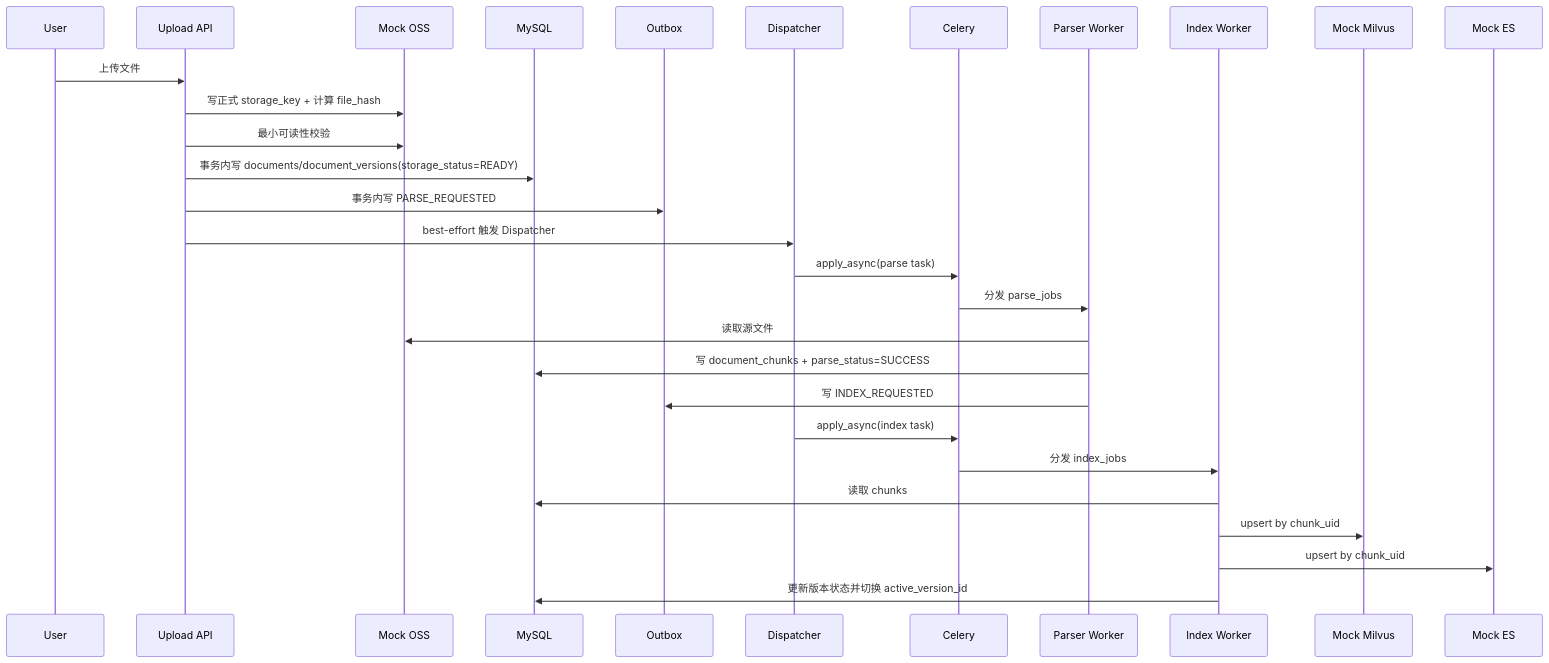
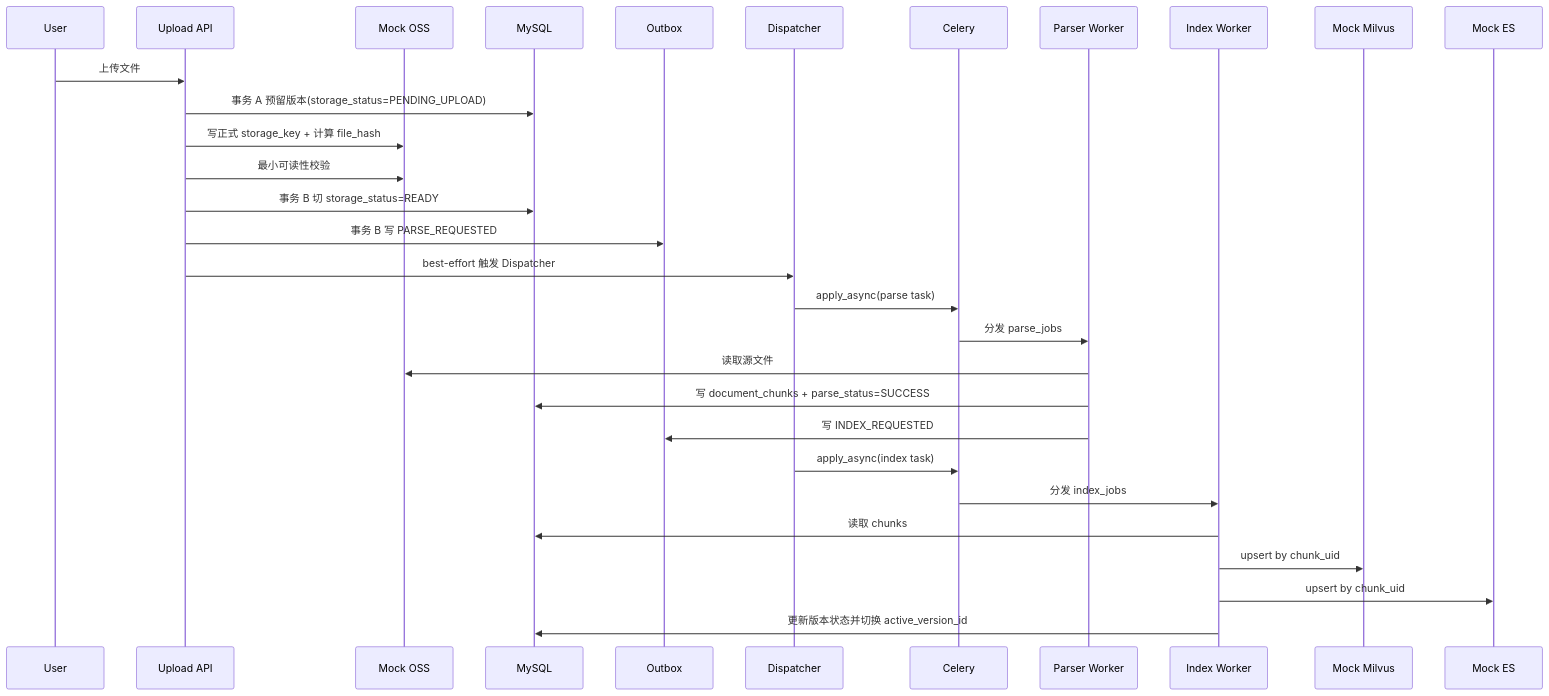
The first of 4 diagrams in src/learning_common_lib/案例/实现AgenticRAG数据库管理/架构设计规划（缩减版）.md (kkk935208447/learning_common_lib), drawn with Mermaid before and after one commit. The commit also changed other lines of this file and 25 other files, not shown here.

````diff
--- a/src/learning_common_lib/案例/实现AgenticRAG数据库管理/架构设计规划（缩减版）.md
+++ b/src/learning_common_lib/案例/实现AgenticRAG数据库管理/架构设计规划（缩减版）.md
@@ -375,32 +376,33 @@
 ```mermaid
 sequenceDiagram
     participant U as User
     participant A as Upload API
     participant O as Mock OSS
     participant M as MySQL
     participant X as Outbox
     participant D as Dispatcher
     participant C as Celery
     participant P as Parser Worker
     participant I as Index Worker
     participant V as Mock Milvus
     participant E as Mock ES
 
     U->>A: 上传文件
+    A->>M: 事务 A 预留版本(storage_status=PENDING_UPLOAD)
     A->>O: 写正式 storage_key + 计算 file_hash
     A->>O: 最小可读性校验
-    A->>M: 事务内写 documents/document_versions(storage_status=READY)
-    A->>X: 事务内写 PARSE_REQUESTED
+    A->>M: 事务 B 切 storage_status=READY
+    A->>X: 事务 B 写 PARSE_REQUESTED
     A->>D: best-effort 触发 Dispatcher
     D->>C: apply_async(parse task)
     C->>P: 分发 parse_jobs
     P->>O: 读取源文件
     P->>M: 写 document_chunks + parse_status=SUCCESS
     P->>X: 写 INDEX_REQUESTED
     D->>C: apply_async(index task)
     C->>I: 分发 index_jobs
     I->>M: 读取 chunks
     I->>V: upsert by chunk_uid
     I->>E: upsert by chunk_uid
     I->>M: 更新版本状态并切换 active_version_id
 ```
````
